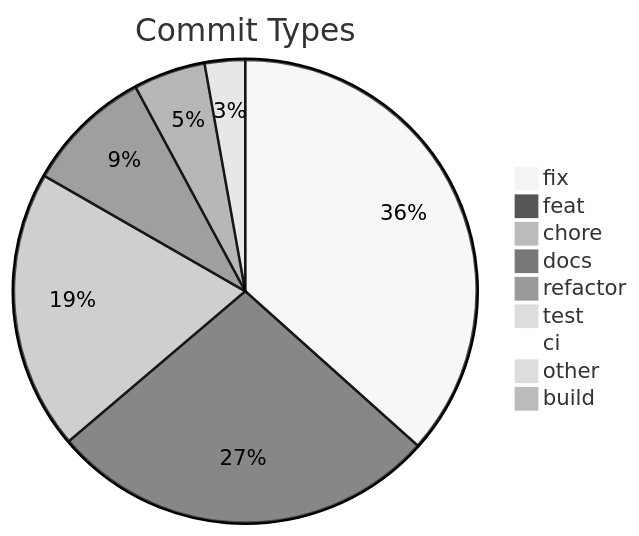
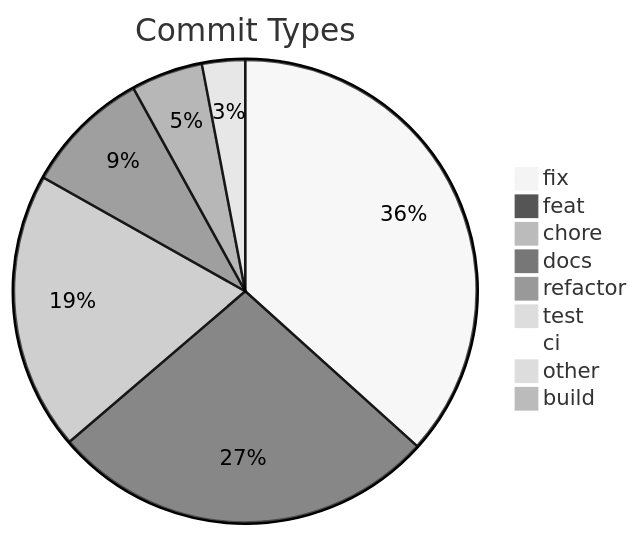
The diagram in .shipwright/compliance/change-history.md (svenroth-ai/shipwright-webui), drawn with Mermaid (neutral theme) before and after one commit. The commit also changed other lines of this file and 15 other files, not shown here.

````diff
--- a/.shipwright/compliance/change-history.md
+++ b/.shipwright/compliance/change-history.md
@@ -8,12 +8,12 @@
 ```mermaid
 pie title Commit Types
-    "fix" : 182
+    "fix" : 183
     "feat" : 135
     "chore" : 97
     "docs" : 44
     "refactor" : 25
-    "test" : 14
+    "test" : 15
     "ci" : 4
     "other" : 4
     "build" : 1
 ```
````
